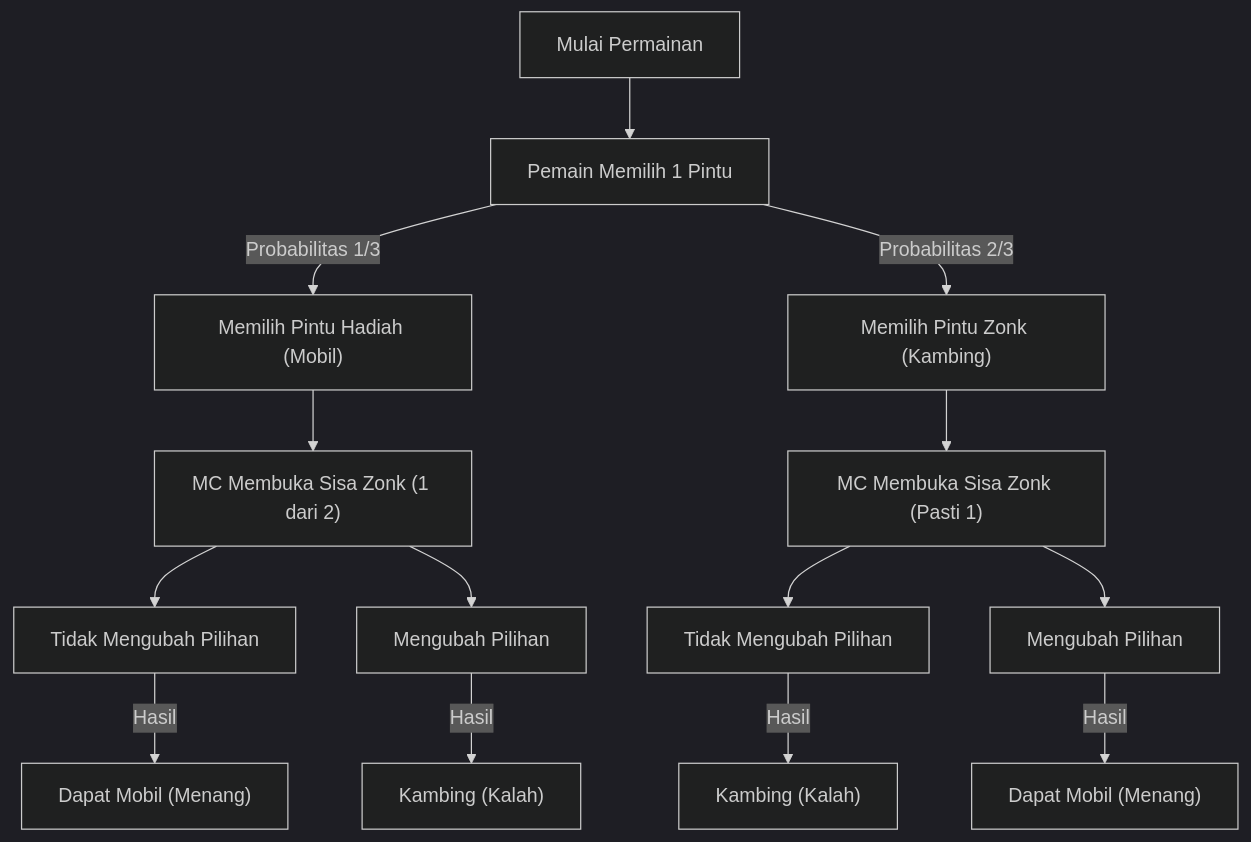
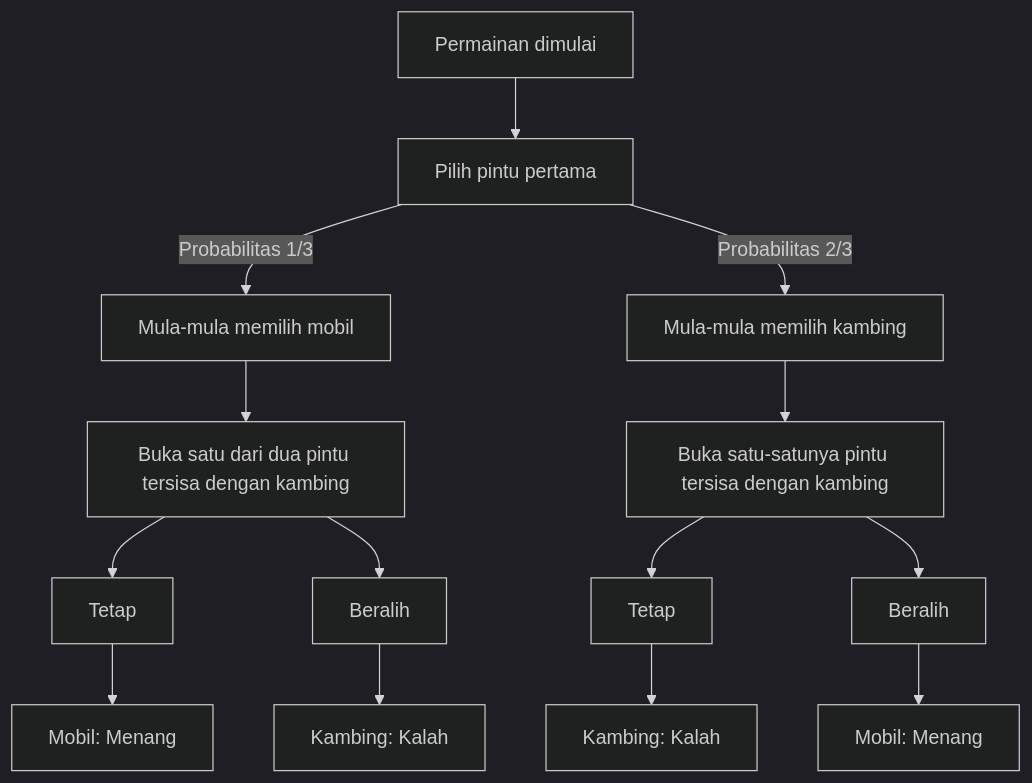
One commit to kenjinote/blog changed the first of 2 diagrams in content/post/paradox-monty-hall-problem/index.id.md. Above: the diagram before and after it, drawn with Mermaid (dark theme). The commit also changed other lines of this file and 8 other files, not shown here.

````diff
--- a/content/post/paradox-monty-hall-problem/index.id.md
+++ b/content/post/paradox-monty-hall-problem/index.id.md
@@ -99,21 +53,16 @@
 ```mermaid
 flowchart TD
-    Start["Mulai Permainan"] --> Choose["Pemain Memilih 1 Pintu"]
-    Choose -- "Probabilitas 1/3" --> ChooseCar["Memilih Pintu Hadiah (Mobil)"]
-    Choose -- "Probabilitas 2/3" --> ChooseGoat["Memilih Pintu Zonk (Kambing)"]
-    
-    ChooseCar --> MontyOpensGoat1["MC Membuka Sisa Zonk (1 dari 2)"]
-    ChooseGoat --> MontyOpensGoat2["MC Membuka Sisa Zonk (Pasti 1)"]
-    
-    MontyOpensGoat1 --> Stay1["Tidak Mengubah Pilihan"]
-    MontyOpensGoat1 --> Switch1["Mengubah Pilihan"]
-    
-    MontyOpensGoat2 --> Stay2["Tidak Mengubah Pilihan"]
-    MontyOpensGoat2 --> Switch2["Mengubah Pilihan"]
-    
-    Stay1 -- "Hasil" --> Win1["Dapat Mobil (Menang)"]
-    Switch1 -- "Hasil" --> Lose1["Kambing (Kalah)"]
-    
-    Stay2 -- "Hasil" --> Lose2["Kambing (Kalah)"]
-    Switch2 -- "Hasil" --> Win2["Dapat Mobil (Menang)"]
+    Start["Permainan dimulai"] --> Choose["Pilih pintu pertama"]
+    Choose -- "Probabilitas 1/3" --> ChooseCar["Mula-mula memilih mobil"]
+    Choose -- "Probabilitas 2/3" --> ChooseGoat["Mula-mula memilih kambing"]
+    ChooseCar --> MontyOpensGoat1["Buka satu dari dua pintu tersisa dengan kambing"]
+    ChooseGoat --> MontyOpensGoat2["Buka satu-satunya pintu tersisa dengan kambing"]
+    MontyOpensGoat1 --> Stay1["Tetap"]
+    MontyOpensGoat1 --> Switch1["Beralih"]
+    MontyOpensGoat2 --> Stay2["Tetap"]
+    MontyOpensGoat2 --> Switch2["Beralih"]
+    Stay1 --> Win1["Mobil: Menang"]
+    Switch1 --> Lose1["Kambing: Kalah"]
+    Stay2 --> Lose2["Kambing: Kalah"]
+    Switch2 --> Win2["Mobil: Menang"]
 ```
````
